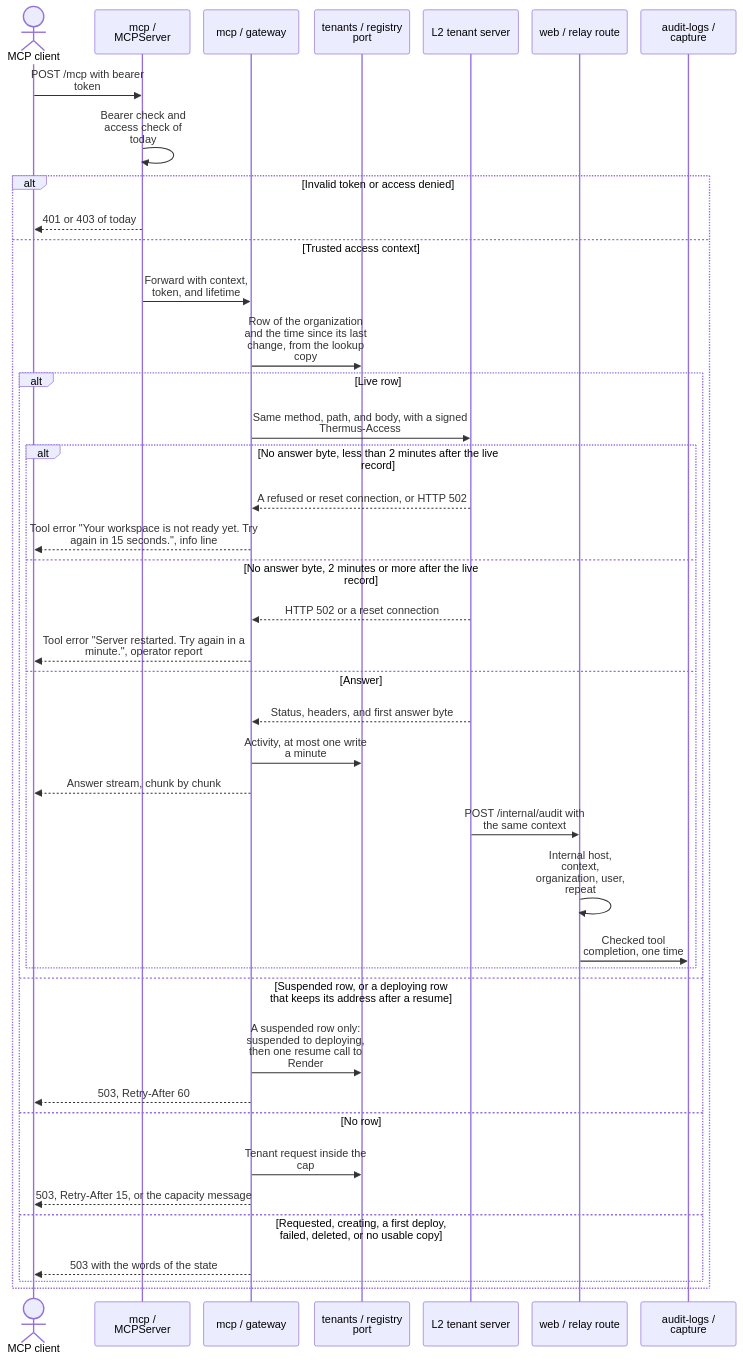
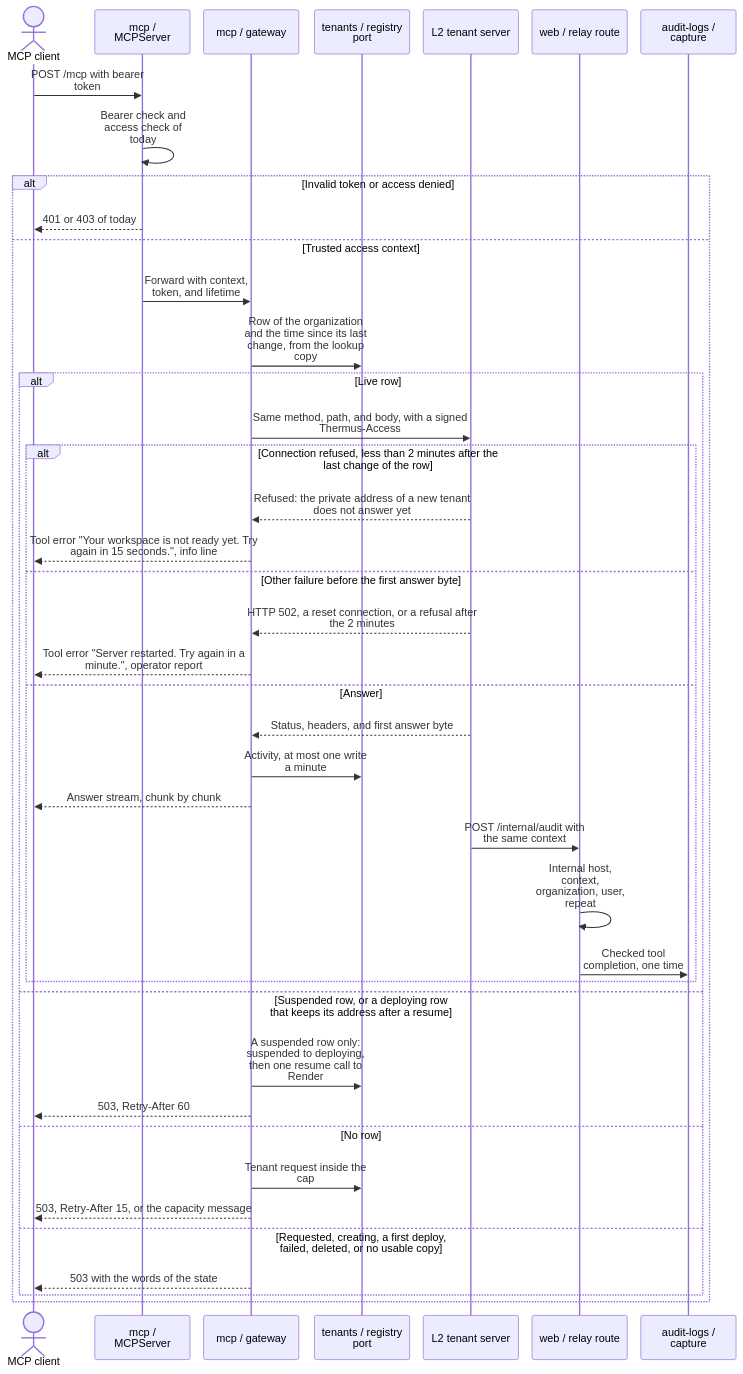
Diagram 15 of 24 in architecture/components.md (tomer-mayara/Thermus), drawn with Mermaid before and after one commit. The commit also changed other lines of this file and 15 other files, not shown here.

````diff
--- a/architecture/components.md
+++ b/architecture/components.md
@@ -1356,44 +1356,44 @@
 ```mermaid
 %%{init: {"sequence": {"wrap": true, "actorMargin": 20, "width": 140}}}%%
 sequenceDiagram
   actor Client as MCP client
   participant MCP as mcp / MCPServer
   participant Gateway as mcp / gateway
   participant Registry as tenants / registry port
   participant Tenant as L2 tenant server
   participant Relay as web / relay route
   participant Audit as audit-logs / capture
   Client->>MCP: POST /mcp with bearer token
   MCP->>MCP: Bearer check and access check of today
   alt Invalid token or access denied
     MCP-->>Client: 401 or 403 of today
   else Trusted access context
     MCP->>Gateway: Forward with context, token, and lifetime
     Gateway->>Registry: Row of the organization and the time since its last change, from the lookup copy
     alt Live row
       Gateway->>Tenant: Same method, path, and body, with a signed Thermus-Access
-      alt No answer byte, less than 2 minutes after the live record
-        Tenant-->>Gateway: A refused or reset connection, or HTTP 502
+      alt Connection refused, less than 2 minutes after the last change of the row
+        Tenant-->>Gateway: Refused: the private address of a new tenant does not answer yet
         Gateway-->>Client: Tool error "Your workspace is not ready yet. Try again in 15 seconds.", info line
-      else No answer byte, 2 minutes or more after the live record
-        Tenant-->>Gateway: HTTP 502 or a reset connection
+      else Other failure before the first answer byte
+        Tenant-->>Gateway: HTTP 502, a reset connection, or a refusal after the 2 minutes
         Gateway-->>Client: Tool error "Server restarted. Try again in a minute.", operator report
       else Answer
         Tenant-->>Gateway: Status, headers, and first answer byte
         Gateway->>Registry: Activity, at most one write a minute
         Gateway-->>Client: Answer stream, chunk by chunk
         Tenant->>Relay: POST /internal/audit with the same context
         Relay->>Relay: Internal host, context, organization, user, repeat
         Relay->>Audit: Checked tool completion, one time
       end
     else Suspended row, or a deploying row that keeps its address after a resume
       Gateway->>Registry: A suspended row only: suspended to deploying, then one resume call to Render
       Gateway-->>Client: 503, Retry-After 60
     else No row
       Gateway->>Registry: Tenant request inside the cap
       Gateway-->>Client: 503, Retry-After 15, or the capacity message
     else Requested, creating, a first deploy, failed, deleted, or no usable copy
       Gateway-->>Client: 503 with the words of the state
     end
   end
 ```
````
